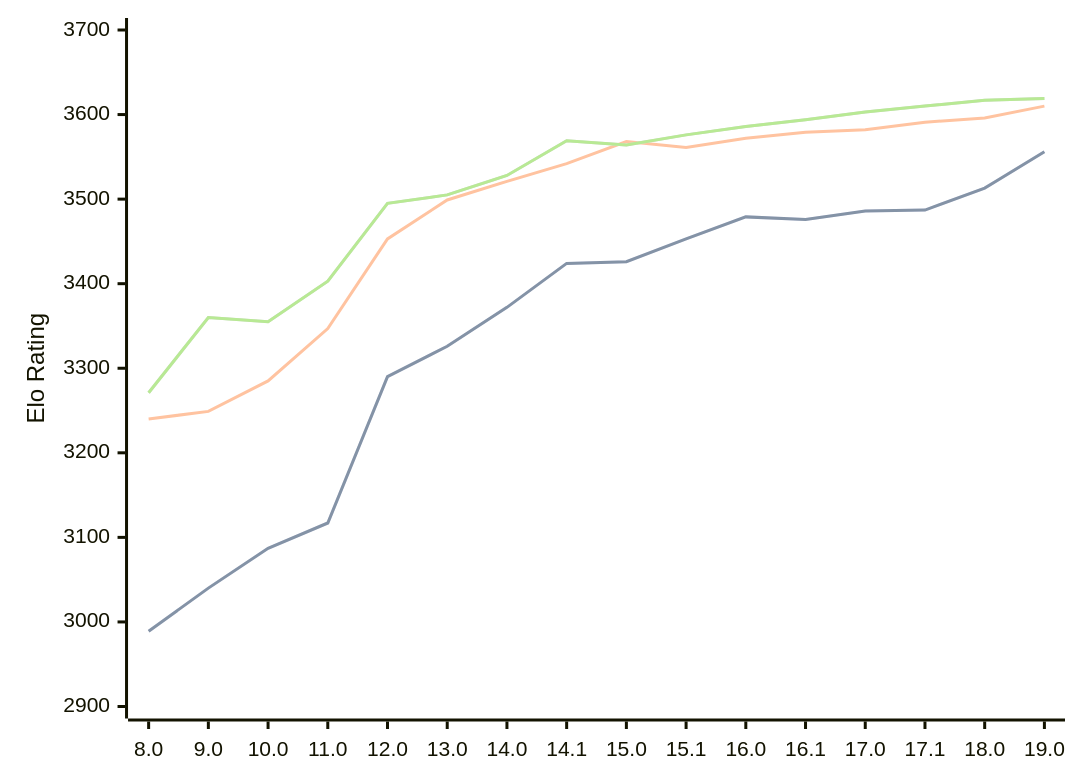
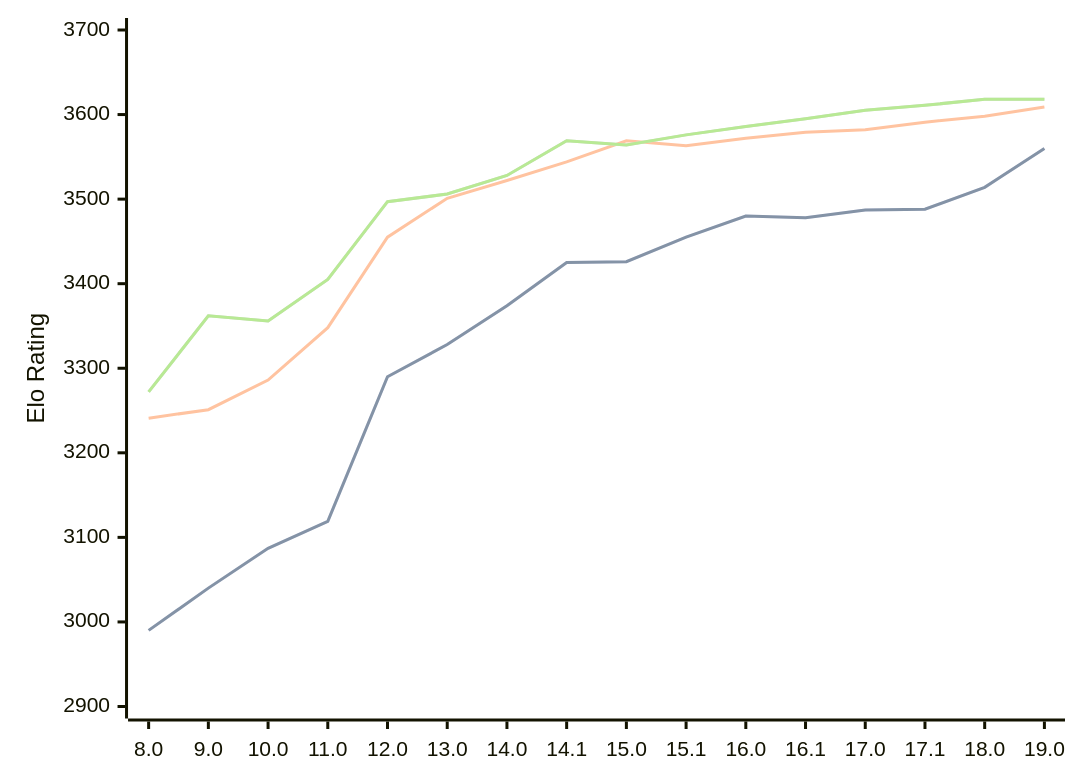
One commit to computer-chess-index/cci changed the diagram in engines/Stockfish.md. Above: the diagram before and after it, drawn with Mermaid. The commit also changed other lines of this file, not shown here.

Commit message:
Update CCI Ratings (ELO VLTC) - 2026-09-13

````diff
--- a/engines/Stockfish.md
+++ b/engines/Stockfish.md
@@ -46,11 +46,11 @@
 ```mermaid
 %%{init: {"theme":"base","themeVariables":{"seriesColors:['#a3a3a3','#222221','#faa371']}}}%%
 xychart-beta
   x-axis ["8.0", "9.0", "10.0", "11.0", "12.0", "13.0", "14.0", "14.1", "15.0", "15.1", "16.0", "16.1", "17.0", "17.1", "18.0", "19.0"]
   y-axis "Elo Rating" 2900 --> 3700
-  line "" [2989, 3040, 3087, 3117, 3290, 3326, 3372, 3424, 3426, 3453, 3479, 3476, 3486, 3487, 3513, 3556]
-  line "STC (8.0+0.08s)" [2989, 3040, 3087, 3117, 3290, 3326, 3372, 3424, 3426, 3453, 3479, 3476, 3486, 3487, 3513, 3556]
-  line "LTC (60.0+0.60s)" [3240, 3249, 3285, 3347, 3453, 3499, 3521, 3542, 3568, 3561, 3572, 3579, 3582, 3591, 3596, 3610]
-  line "" [3271, 3360, 3355, 3403, 3495, 3505, 3528, 3569, 3564, 3576, 3586, 3594, 3603, 3610, 3617, 3619]
-  line "VLTC (2m24s+1.12s)" [3271, 3360, 3355, 3403, 3495, 3505, 3528, 3569, 3564, 3576, 3586, 3594, 3603, 3610, 3617, 3619]
+  line "" [2990, 3040, 3087, 3119, 3290, 3328, 3374, 3425, 3426, 3455, 3480, 3478, 3487, 3488, 3514, 3560]
+  line "STC (8.0+0.08s)" [2990, 3040, 3087, 3119, 3290, 3328, 3374, 3425, 3426, 3455, 3480, 3478, 3487, 3488, 3514, 3560]
+  line "LTC (60.0+0.60s)" [3241, 3251, 3286, 3348, 3455, 3501, 3522, 3544, 3569, 3563, 3572, 3579, 3582, 3591, 3598, 3609]
+  line "" [3272, 3362, 3356, 3405, 3497, 3506, 3528, 3569, 3564, 3576, 3586, 3595, 3605, 3611, 3618, 3618]
+  line "VLTC (2m24s+1.12s)" [3272, 3362, 3356, 3405, 3497, 3506, 3528, 3569, 3564, 3576, 3586, 3595, 3605, 3611, 3618, 3618]
 ```
````
